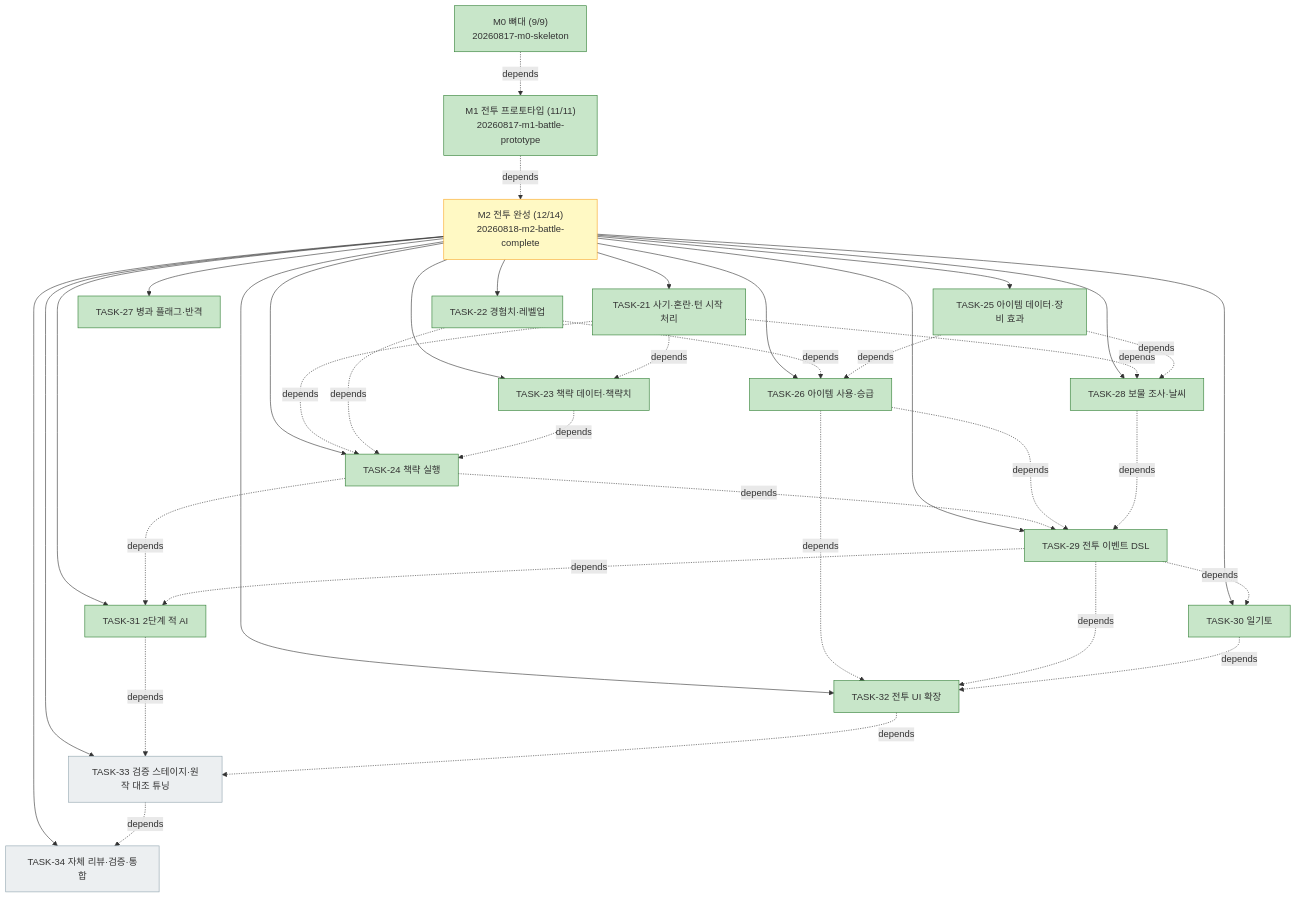
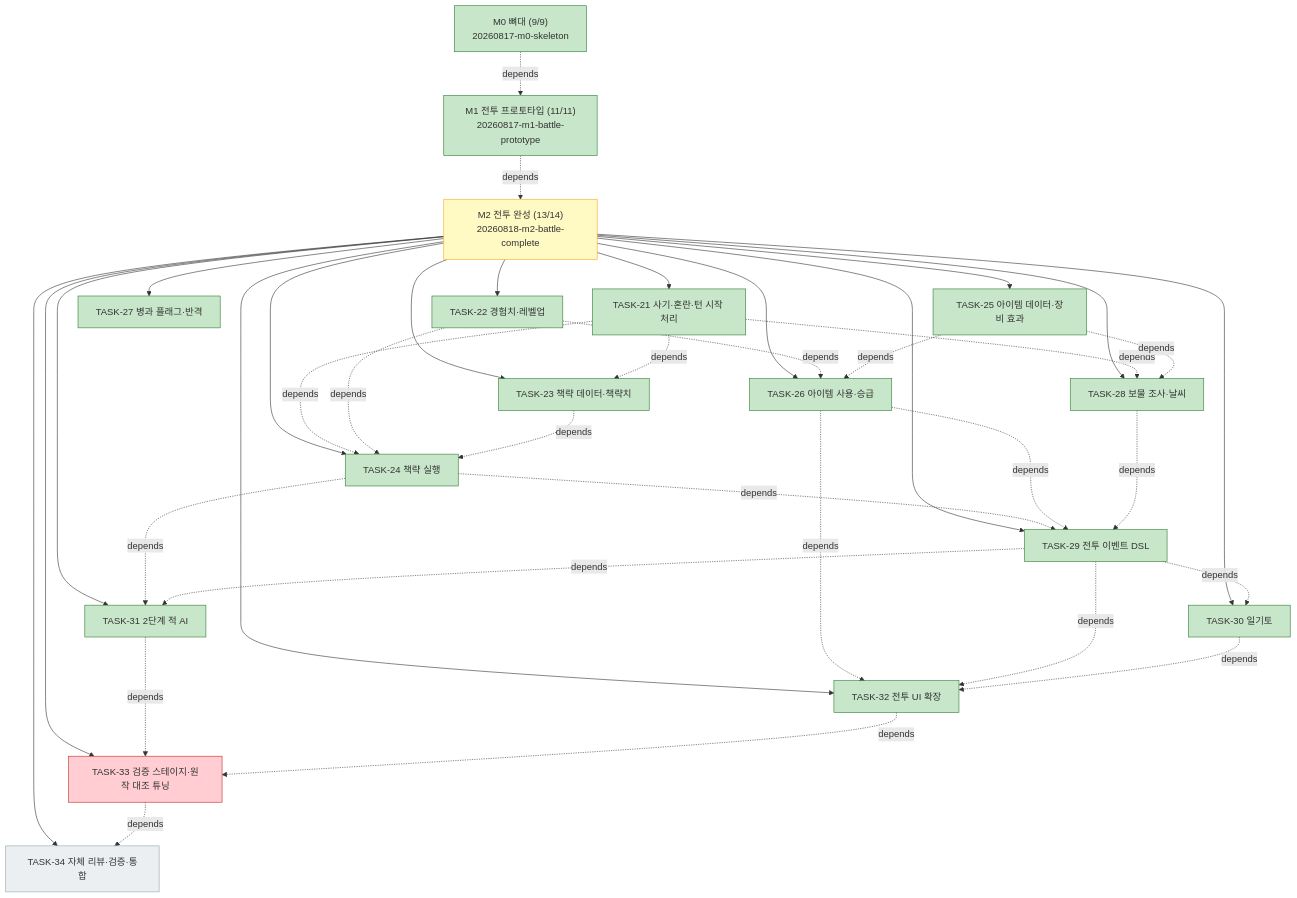
Before and after one commit to bluesky5008/HERO: the diagram in docs/plan.md, drawn with Mermaid. The commit also changed other lines of this file and 4 other files, not shown here.

````diff
--- a/docs/plan.md
+++ b/docs/plan.md
@@ -77,46 +77,46 @@
 ```mermaid
 flowchart TD
     M0["M0 뼈대 (9/9)<br/>20260817-m0-skeleton"]:::done
     M1["M1 전투 프로토타입 (11/11)<br/>20260817-m1-battle-prototype"]:::done
-    M2["M2 전투 완성 (12/14)<br/>20260818-m2-battle-complete"]:::active
+    M2["M2 전투 완성 (13/14)<br/>20260818-m2-battle-complete"]:::active
     M0 -. depends .-> M1
     M1 -. depends .-> M2
     M2 --> T21["TASK-21 사기·혼란·턴 시작 처리"]:::done
     M2 --> T22["TASK-22 경험치·레벨업"]:::done
     M2 --> T23["TASK-23 책략 데이터·책략치"]:::done
     M2 --> T24["TASK-24 책략 실행"]:::done
     M2 --> T25["TASK-25 아이템 데이터·장비 효과"]:::done
     M2 --> T26["TASK-26 아이템 사용·승급"]:::done
     M2 --> T27["TASK-27 병과 플래그·반격"]:::done
     M2 --> T28["TASK-28 보물 조사·날씨"]:::done
     M2 --> T29["TASK-29 전투 이벤트 DSL"]:::done
     M2 --> T30["TASK-30 일기토"]:::done
     M2 --> T31["TASK-31 2단계 적 AI"]:::done
     M2 --> T32["TASK-32 전투 UI 확장"]:::done
-    M2 --> T33["TASK-33 검증 스테이지·원작 대조 튜닝"]:::todo
+    M2 --> T33["TASK-33 검증 스테이지·원작 대조 튜닝"]:::gate
     M2 --> T34["TASK-34 자체 리뷰·검증·통합"]:::todo
     T21 -. depends .-> T23
     T21 -. depends .-> T24
     T22 -. depends .-> T24
     T23 -. depends .-> T24
     T22 -. depends .-> T26
     T25 -. depends .-> T26
     T21 -. depends .-> T28
     T25 -. depends .-> T28
     T24 -. depends .-> T29
     T26 -. depends .-> T29
     T28 -. depends .-> T29
     T29 -. depends .-> T30
     T24 -. depends .-> T31
     T29 -. depends .-> T31
     T26 -. depends .-> T32
     T29 -. depends .-> T32
     T30 -. depends .-> T32
     T31 -. depends .-> T33
     T32 -. depends .-> T33
     T33 -. depends .-> T34
     classDef done fill:#c8e6c9,stroke:#2e7d32
     classDef active fill:#fff9c4,stroke:#f9a825
     classDef todo fill:#eceff1,stroke:#90a4ae
     classDef gate fill:#ffcdd2,stroke:#c62828
 ```
````
